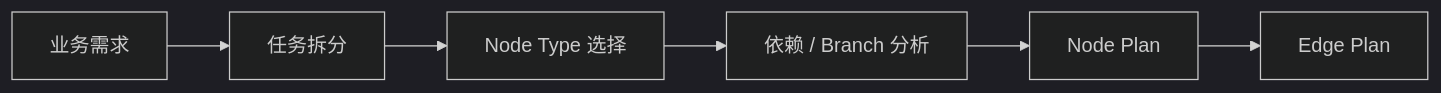
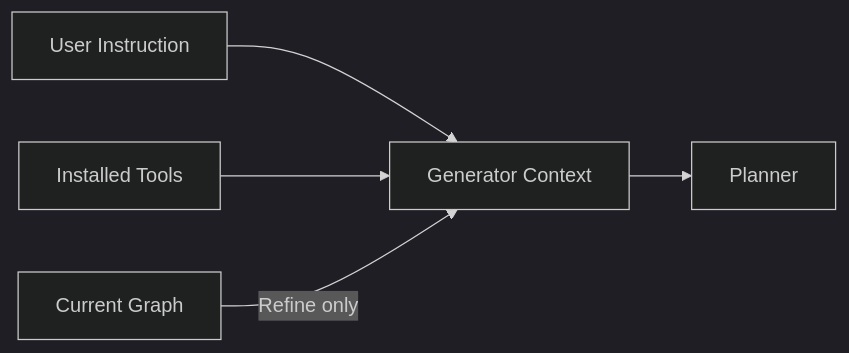
Before and after one commit to sgfd-ui/internship: the fifth of 12 diagrams in weekly-report/dify-1.17-core-capabilities-research.md, drawn with Mermaid (dark theme). The commit also changed other lines of this file, not shown here.

Commit message:
docs: simplify AI Workflow research architecture

````diff
--- a/weekly-report/dify-1.17-core-capabilities-research.md
+++ b/weekly-report/dify-1.17-core-capabilities-research.md
@@ -174,8 +138,7 @@
 ```mermaid
 flowchart LR
-    A[业务需求] --> B[任务拆分]
-    B --> C[Node Type 选择]
-    C --> D[依赖 / Branch 分析]
-    D --> E[Node Plan]
-    E --> F[Edge Plan]
+    A[User Instruction] --> D[Generator Context]
+    B[Installed Tools] --> D
+    C[Current Graph] -->|Refine only| D
+    D --> E[Planner]
 ```
````
